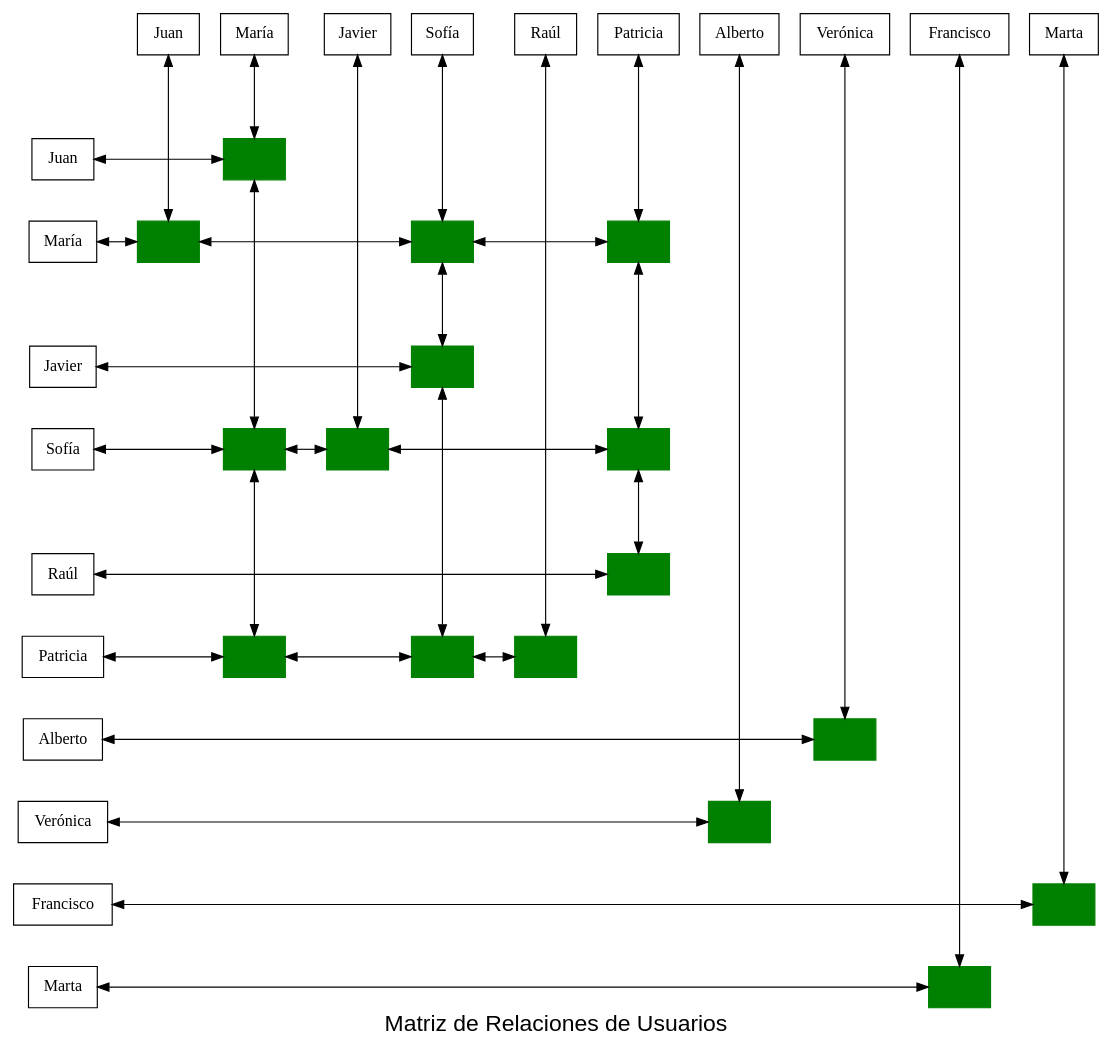
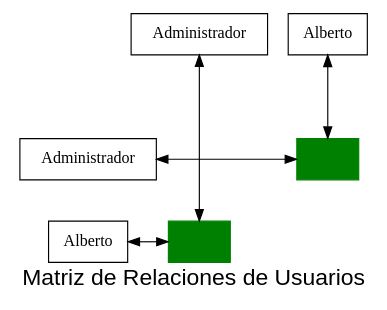
One commit to D3r3-k/-EDD-Proyecto_202001151 changed the diagram in Fase2/build/Desktop_Qt_6_7_2_MinGW_64_bit-Debug/matriz_relacion.dot. Above: the diagram before and after it, drawn with Graphviz. The commit also changed 37 other files, not shown here.

```diff
--- a/Fase2/build/Desktop_Qt_6_7_2_MinGW_64_bit-Debug/matriz_relacion.dot
+++ b/Fase2/build/Desktop_Qt_6_7_2_MinGW_64_bit-Debug/matriz_relacion.dot
@@ -1,116 +1,28 @@
 digraph G {
 node [shape=box];
 rankdir=TB;
 label="Matriz de Relaciones de Usuarios" fontsize=20 fontname="Arial";
 // Definir encabezados de filas
-fila1 [label="Juan", group=1];
-fila2 [label="María", group=1];
-fila7 [label="Javier", group=1];
-fila10 [label="Sofía", group=1];
-fila15 [label="Raúl", group=1];
-fila16 [label="Patricia", group=1];
+fila0 [label="Administrador", group=1];
 fila17 [label="Alberto", group=1];
-fila18 [label="Verónica", group=1];
-fila19 [label="Francisco", group=1];
-fila20 [label="Marta", group=1];
 // Definir encabezados de columnas
-col1 [label="Juan", group=2];
-col2 [label="María", group=3];
-col7 [label="Javier", group=8];
-col10 [label="Sofía", group=11];
-col15 [label="Raúl", group=16];
-col16 [label="Patricia", group=17];
+col0 [label="Administrador", group=1];
 col17 [label="Alberto", group=18];
-col18 [label="Verónica", group=19];
-col19 [label="Francisco", group=20];
-col20 [label="Marta", group=21];
-{ rank=same; col1; col2; col7; col10; col15; col16; col17; col18; col19; col20; }
+{ rank=same; col0; col17; }
 // Definir nodos en las coordenadas especificadas
-nodo1_2 [label="", color=green, style=filled, group=3];
-nodo2_1 [label="", color=green, style=filled, group=2];
-nodo2_10 [label="", color=green, style=filled, group=11];
-nodo2_16 [label="", color=green, style=filled, group=17];
-nodo7_10 [label="", color=green, style=filled, group=11];
-nodo10_2 [label="", color=green, style=filled, group=3];
-nodo10_7 [label="", color=green, style=filled, group=8];
-nodo10_16 [label="", color=green, style=filled, group=17];
-nodo15_16 [label="", color=green, style=filled, group=17];
-nodo16_2 [label="", color=green, style=filled, group=3];
-nodo16_10 [label="", color=green, style=filled, group=11];
-nodo16_15 [label="", color=green, style=filled, group=16];
-nodo17_18 [label="", color=green, style=filled, group=19];
-nodo18_17 [label="", color=green, style=filled, group=18];
-nodo19_20 [label="", color=green, style=filled, group=21];
-nodo20_19 [label="", color=green, style=filled, group=20];
+nodo0_17 [label="", color=green, style=filled, group=18];
+nodo17_0 [label="", color=green, style=filled, group=1];
 // Conectar encabezados de filas con nodos y los nodos entre ellos horizontalmente
-fila1 -> nodo1_2 [dir=both, minlen=2];
-fila2 -> nodo2_1 [dir=both, minlen=2];
-nodo2_1 -> nodo2_10 [dir=both, minlen=2];
-nodo2_10 -> nodo2_16 [dir=both, minlen=2];
-fila7 -> nodo7_10 [dir=both, minlen=2];
-fila10 -> nodo10_2 [dir=both, minlen=2];
-nodo10_2 -> nodo10_7 [dir=both, minlen=2];
-nodo10_7 -> nodo10_16 [dir=both, minlen=2];
-fila15 -> nodo15_16 [dir=both, minlen=2];
-fila16 -> nodo16_2 [dir=both, minlen=2];
-nodo16_2 -> nodo16_10 [dir=both, minlen=2];
-nodo16_10 -> nodo16_15 [dir=both, minlen=2];
-fila17 -> nodo17_18 [dir=both, minlen=2];
-fila18 -> nodo18_17 [dir=both, minlen=2];
-fila19 -> nodo19_20 [dir=both, minlen=2];
-fila20 -> nodo20_19 [dir=both, minlen=2];
+fila0 -> nodo0_17 [dir=both, minlen=2];
+fila17 -> nodo17_0 [dir=both, minlen=2];
 // Conectar encabezados de columnas con nodos y los nodos entre ellos verticalmente
-col1 -> nodo2_1 [dir=both, minlen=2];
-col2 -> nodo1_2 [dir=both, minlen=2];
-nodo1_2 -> nodo10_2 [dir=both, minlen=2];
-nodo10_2 -> nodo16_2 [dir=both, minlen=2];
-col7 -> nodo10_7 [dir=both, minlen=2];
-col10 -> nodo2_10 [dir=both, minlen=2];
-nodo2_10 -> nodo7_10 [dir=both, minlen=2];
-nodo7_10 -> nodo16_10 [dir=both, minlen=2];
-col15 -> nodo16_15 [dir=both, minlen=2];
-col16 -> nodo2_16 [dir=both, minlen=2];
-nodo2_16 -> nodo10_16 [dir=both, minlen=2];
-nodo10_16 -> nodo15_16 [dir=both, minlen=2];
-col17 -> nodo18_17 [dir=both, minlen=2];
-col18 -> nodo17_18 [dir=both, minlen=2];
-col19 -> nodo20_19 [dir=both, minlen=2];
-col20 -> nodo19_20 [dir=both, minlen=2];
+col0 -> nodo17_0 [dir=both, minlen=2];
+col17 -> nodo0_17 [dir=both, minlen=2];
 // Mantener los encabezados de filas alineados verticalmente
-fila1 -> fila2 [style=invis];
-fila2 -> fila7 [style=invis];
-fila7 -> fila10 [style=invis];
-fila10 -> fila15 [style=invis];
-fila15 -> fila16 [style=invis];
-fila16 -> fila17 [style=invis];
-fila17 -> fila18 [style=invis];
-fila18 -> fila19 [style=invis];
-fila19 -> fila20 [style=invis];
+fila0 -> fila17 [style=invis];
 // Mantener los nodos de la misma fila en el mismo rango horizontal
-{ rank=same; fila1; nodo1_2 }
-{ rank=same; fila2; nodo2_1 }
-{ rank=same; fila2; nodo2_10 }
-{ rank=same; fila2; nodo2_16 }
-{ rank=same; fila7; nodo7_10 }
-{ rank=same; fila10; nodo10_2 }
-{ rank=same; fila10; nodo10_7 }
-{ rank=same; fila10; nodo10_16 }
-{ rank=same; fila15; nodo15_16 }
-{ rank=same; fila16; nodo16_2 }
-{ rank=same; fila16; nodo16_10 }
-{ rank=same; fila16; nodo16_15 }
-{ rank=same; fila17; nodo17_18 }
-{ rank=same; fila18; nodo18_17 }
-{ rank=same; fila19; nodo19_20 }
-{ rank=same; fila20; nodo20_19 }
+{ rank=same; fila0; nodo0_17 }
+{ rank=same; fila17; nodo17_0 }
 // Conectar las columnas entre sí de forma invisible para mantener el orden
-col1 -> col2 [style=invis];
-col2 -> col7 [style=invis];
-col7 -> col10 [style=invis];
-col10 -> col15 [style=invis];
-col15 -> col16 [style=invis];
-col16 -> col17 [style=invis];
-col17 -> col18 [style=invis];
-col18 -> col19 [style=invis];
-col19 -> col20 [style=invis];
+col0 -> col17 [style=invis];
 }
```
